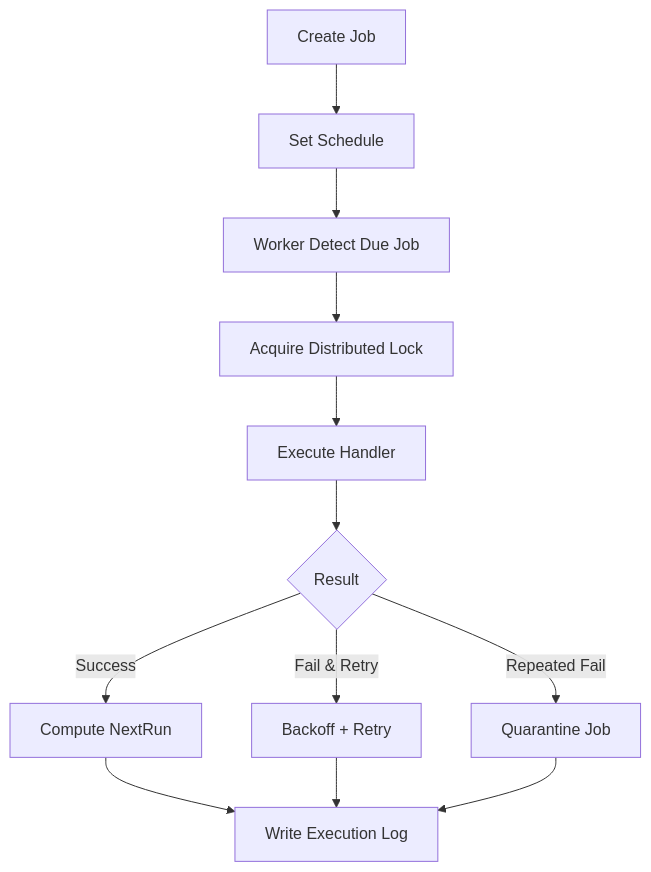
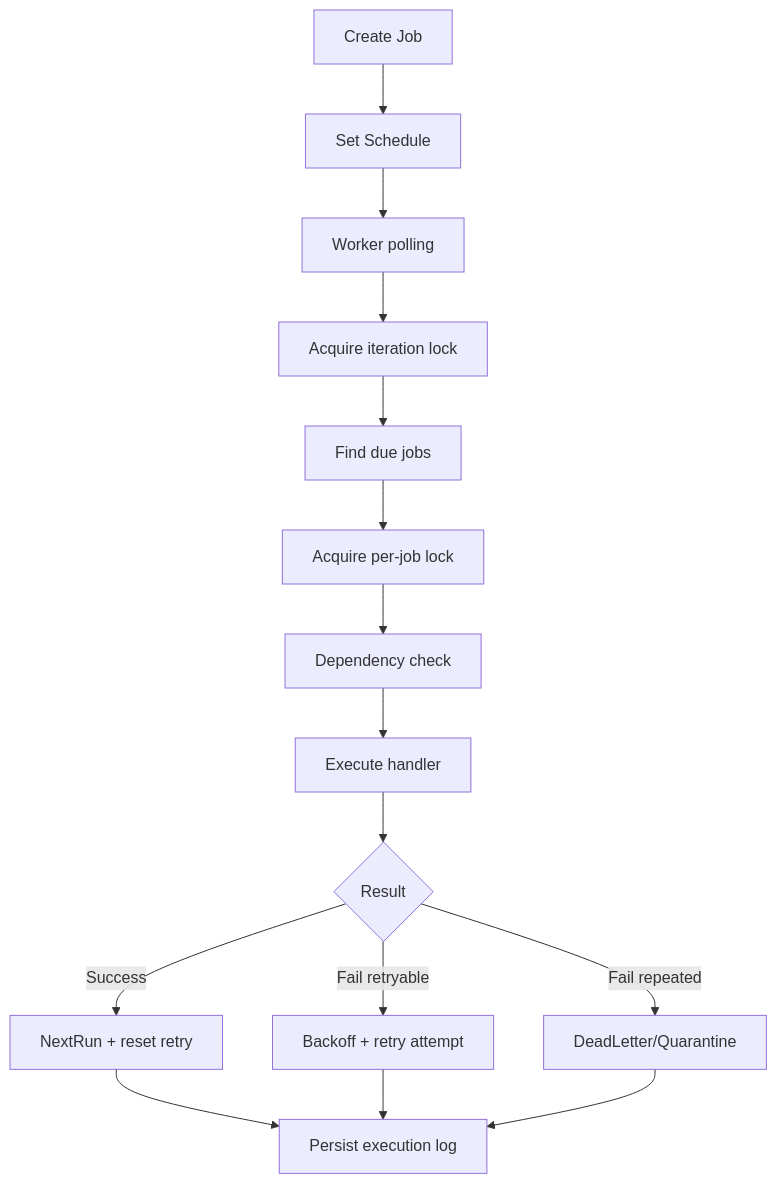
One commit to FarhadAhmadi/CleanArchitecture-Base changed diagram 13 of 15 in docs/modules/Usage-and-Workflows-fa.md. Above: the diagram before and after it, drawn with Mermaid. The commit also changed other lines of this file and 12 other files, not shown here.

````diff
--- a/docs/modules/Usage-and-Workflows-fa.md
+++ b/docs/modules/Usage-and-Workflows-fa.md
@@ -229,14 +450,17 @@
 ```mermaid
 flowchart TD
-    J[Create Job] --> S[Set Schedule]
-    S --> D[Worker Detect Due Job]
-    D --> L[Acquire Distributed Lock]
-    L --> X[Execute Handler]
-    X --> R{Result}
-    R -->|Success| N[Compute NextRun]
-    R -->|Fail & Retry| B[Backoff + Retry]
-    R -->|Repeated Fail| Q[Quarantine Job]
-    N --> E[Write Execution Log]
-    B --> E
-    Q --> E
+    A[Create Job] --> B[Set Schedule]
+    B --> C[Worker polling]
+    C --> D[Acquire iteration lock]
+    D --> E[Find due jobs]
+    E --> F[Acquire per-job lock]
+    F --> G[Dependency check]
+    G --> H[Execute handler]
+    H --> I{Result}
+    I -->|Success| J[NextRun + reset retry]
+    I -->|Fail retryable| K[Backoff + retry attempt]
+    I -->|Fail repeated| L[DeadLetter/Quarantine]
+    J --> M[Persist execution log]
+    K --> M
+    L --> M
 ```
````
